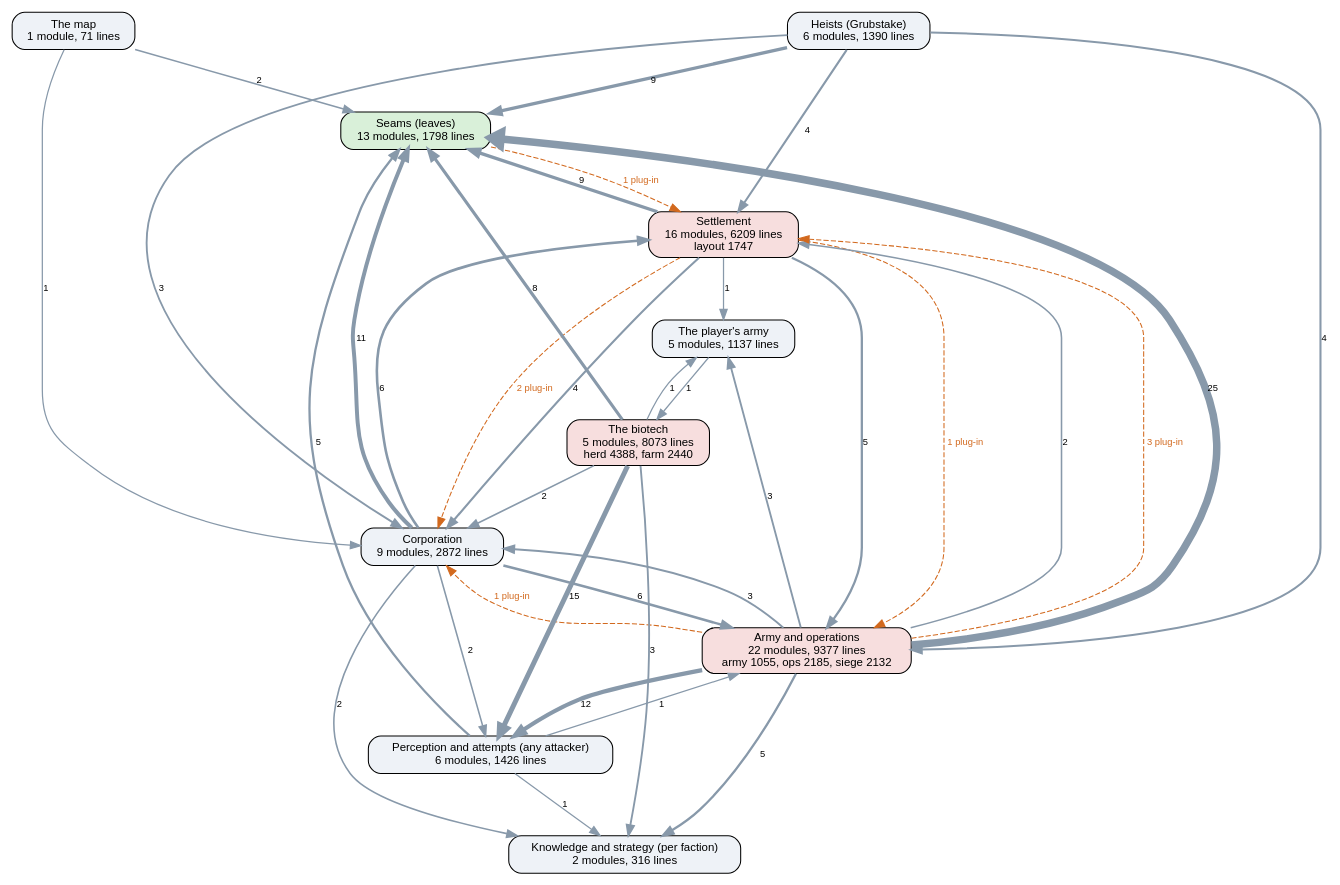
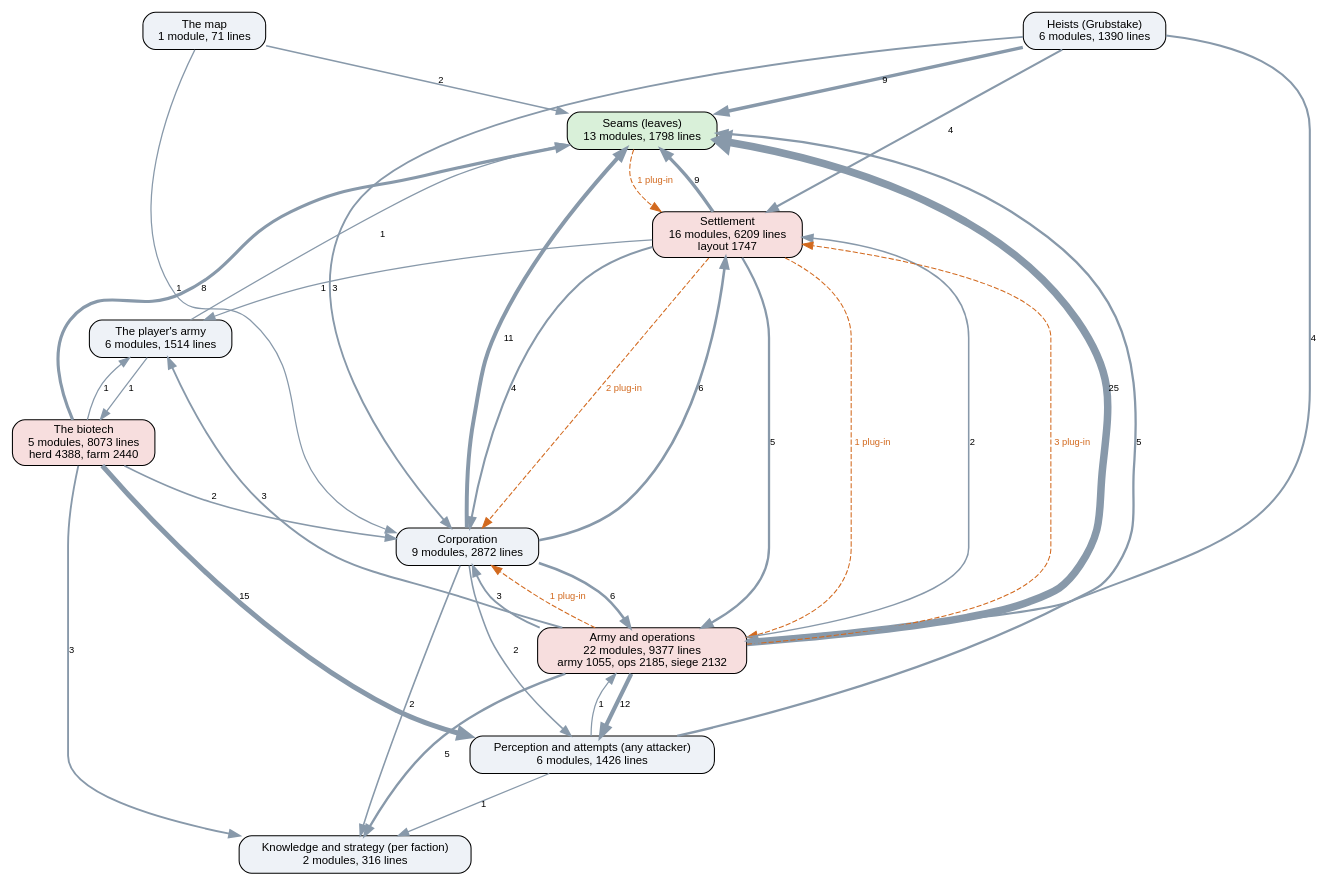
Before and after one commit to kinelhu/landing-party: the diagram in docs/ai-layers.dot, drawn with Graphviz. The commit also changed 21 other files, not shown here.

```diff
--- a/docs/ai-layers.dot
+++ b/docs/ai-layers.dot
@@ -1,50 +1,51 @@
 digraph layers {
   graph [rankdir=TB, fontname="Helvetica", nodesep=0.5, ranksep=0.7];
   node [shape=box, style="rounded,filled", fontname="Helvetica", fontsize=11, fillcolor="#eef2f7"];
   edge [color="#8899aa", fontname="Helvetica", fontsize=9];
   "Seams (leaves)" [label="Seams (leaves)\n13 modules, 1798 lines", fillcolor="#d9f0d9"];
   "Perception and attempts (any attacker)" [label="Perception and attempts (any attacker)\n6 modules, 1426 lines", fillcolor="#eef2f7"];
   "Knowledge and strategy (per faction)" [label="Knowledge and strategy (per faction)\n2 modules, 316 lines", fillcolor="#eef2f7"];
   "Corporation" [label="Corporation\n9 modules, 2872 lines", fillcolor="#eef2f7"];
   "Settlement" [label="Settlement\n16 modules, 6209 lines\nlayout 1747", fillcolor="#f7dede"];
   "Army and operations" [label="Army and operations\n22 modules, 9377 lines\narmy 1055, ops 2185, siege 2132", fillcolor="#f7dede"];
   "Heists (Grubstake)" [label="Heists (Grubstake)\n6 modules, 1390 lines", fillcolor="#eef2f7"];
   "The biotech" [label="The biotech\n5 modules, 8073 lines\nherd 4388, farm 2440", fillcolor="#f7dede"];
   "The map" [label="The map\n1 module, 71 lines", fillcolor="#eef2f7"];
-  "The player's army" [label="The player's army\n5 modules, 1137 lines", fillcolor="#eef2f7"];
+  "The player's army" [label="The player's army\n6 modules, 1514 lines", fillcolor="#eef2f7"];
   "Army and operations" -> "Corporation" [label="3", penwidth=1.8];
   "Army and operations" -> "Knowledge and strategy (per faction)" [label="5", penwidth=2.2];
   "Army and operations" -> "Perception and attempts (any attacker)" [label="12", penwidth=4.0];
   "Army and operations" -> "Seams (leaves)" [label="25", penwidth=7.2];
   "Army and operations" -> "Settlement" [label="2", penwidth=1.5];
   "Army and operations" -> "The player's army" [label="3", penwidth=1.8];
   "Corporation" -> "Army and operations" [label="6", penwidth=2.5];
   "Corporation" -> "Knowledge and strategy (per faction)" [label="2", penwidth=1.5];
   "Corporation" -> "Perception and attempts (any attacker)" [label="2", penwidth=1.5];
   "Corporation" -> "Seams (leaves)" [label="11", penwidth=3.8];
   "Corporation" -> "Settlement" [label="6", penwidth=2.5];
   "Heists (Grubstake)" -> "Army and operations" [label="4", penwidth=2.0];
   "Heists (Grubstake)" -> "Corporation" [label="3", penwidth=1.8];
   "Heists (Grubstake)" -> "Seams (leaves)" [label="9", penwidth=3.2];
   "Heists (Grubstake)" -> "Settlement" [label="4", penwidth=2.0];
   "Perception and attempts (any attacker)" -> "Army and operations" [label="1", penwidth=1.2];
   "Perception and attempts (any attacker)" -> "Knowledge and strategy (per faction)" [label="1", penwidth=1.2];
   "Perception and attempts (any attacker)" -> "Seams (leaves)" [label="5", penwidth=2.2];
   "Settlement" -> "Army and operations" [label="5", penwidth=2.2];
   "Settlement" -> "Corporation" [label="4", penwidth=2.0];
   "Settlement" -> "Seams (leaves)" [label="9", penwidth=3.2];
   "Settlement" -> "The player's army" [label="1", penwidth=1.2];
   "The biotech" -> "Corporation" [label="2", penwidth=1.5];
   "The biotech" -> "Knowledge and strategy (per faction)" [label="3", penwidth=1.8];
   "The biotech" -> "Perception and attempts (any attacker)" [label="15", penwidth=4.8];
   "The biotech" -> "Seams (leaves)" [label="8", penwidth=3.0];
   "The biotech" -> "The player's army" [label="1", penwidth=1.2];
   "The map" -> "Corporation" [label="1", penwidth=1.2];
   "The map" -> "Seams (leaves)" [label="2", penwidth=1.5];
+  "The player's army" -> "Seams (leaves)" [label="1", penwidth=1.2];
   "The player's army" -> "The biotech" [label="1", penwidth=1.2];
   "Army and operations" -> "Corporation" [style=dashed, color="#d2691e", fontcolor="#d2691e", label="1 plug-in"];
   "Army and operations" -> "Settlement" [style=dashed, color="#d2691e", fontcolor="#d2691e", label="3 plug-in"];
   "Seams (leaves)" -> "Settlement" [style=dashed, color="#d2691e", fontcolor="#d2691e", label="1 plug-in"];
   "Settlement" -> "Army and operations" [style=dashed, color="#d2691e", fontcolor="#d2691e", label="1 plug-in"];
   "Settlement" -> "Corporation" [style=dashed, color="#d2691e", fontcolor="#d2691e", label="2 plug-in"];
 }
```
